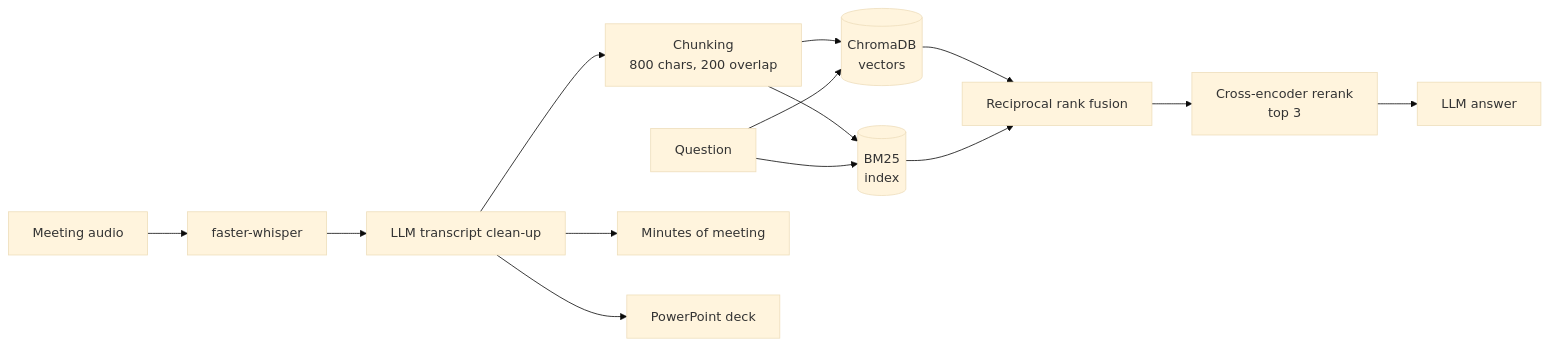
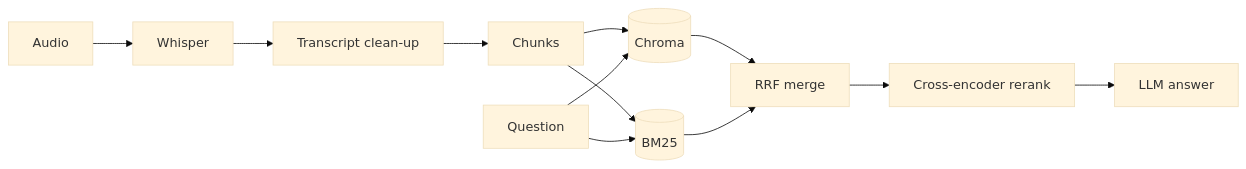
One commit to Gunjit27/Minutes-of-Meeting changed the diagram in README.md. Above: the diagram before and after it, drawn with Mermaid (base theme). The commit also changed other lines of this file, not shown here.

````diff
--- a/README.md
+++ b/README.md
@@ -23,14 +17,7 @@
 ```mermaid
 flowchart LR
-    A[Meeting audio] --> B[faster-whisper]
-    B --> C[LLM transcript clean-up]
-    C --> D[Chunking<br/>800 chars, 200 overlap]
-    D --> E[(ChromaDB<br/>vectors)]
-    D --> F[(BM25<br/>index)]
-    Q[Question] --> E & F
-    E & F --> G[Reciprocal rank fusion]
-    G --> H[Cross-encoder rerank<br/>top 3]
-    H --> I[LLM answer]
-    C --> J[Minutes of meeting]
-    C --> K[PowerPoint deck]
+    A[Audio] --> B[Whisper] --> C[Transcript clean-up] --> D[Chunks]
+    D --> E[(Chroma)]
+    D --> F[(BM25)]
+    Q[Question] --> E & F --> G[RRF merge] --> H[Cross-encoder rerank] --> I[LLM answer]
 ```
````
